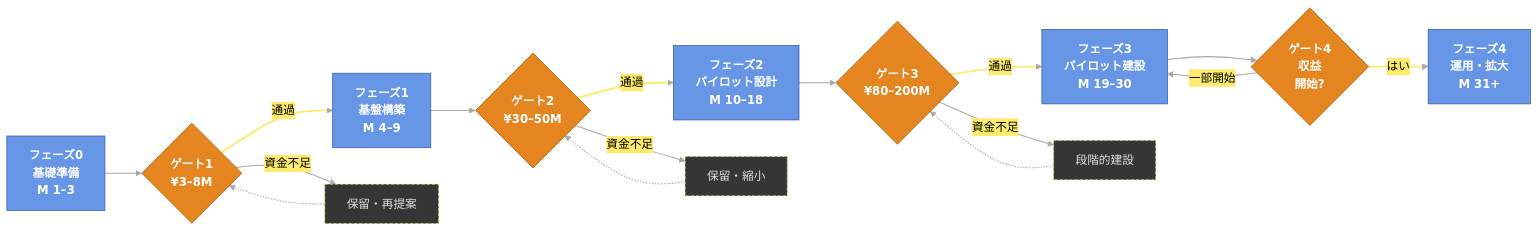
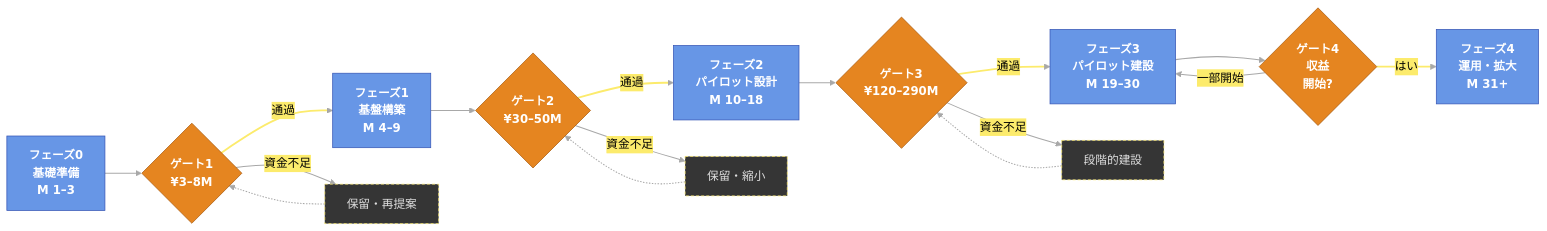
The first of 2 diagrams in mitsue_phases_funding_flowchart_jp.md (robouden/mitsue-ai-data-center), drawn with Mermaid before and after one commit. The commit also changed other lines of this file and 22 other files, not shown here.

````diff
--- a/mitsue_phases_funding_flowchart_jp.md
+++ b/mitsue_phases_funding_flowchart_jp.md
@@ -20,48 +20,48 @@
 ```mermaid
 %%{init: {'theme':'base','flowchart':{'htmlLabels':true},'themeVariables':{
   'background':'#404040',
   'primaryColor':'#6796e6','primaryTextColor':'#FFFFFF','primaryBorderColor':'#3655b5',
   'lineColor':'#A8A8A8','textColor':'#DEDEDE',
   'edgeLabelBackground':'#FCEB6C',
   'fontFamily':'Noto Sans JP, Yu Gothic, sans-serif'
 }}}%%
 flowchart LR
     P0["フェーズ0<br/>基礎準備<br/>M 1–3"]
     P1["フェーズ1<br/>基盤構築<br/>M 4–9"]
     P2["フェーズ2<br/>パイロット設計<br/>M 10–18"]
     P3["フェーズ3<br/>パイロット建設<br/>M 19–30"]
     P4["フェーズ4<br/>運用・拡大<br/>M 31+"]
 
     G1{"ゲート1<br/>¥3–8M"}
     G2{"ゲート2<br/>¥30–50M"}
-    G3{"ゲート3<br/>¥80–200M"}
+    G3{"ゲート3<br/>¥120–290M"}
     G4{"ゲート4<br/>収益<br/>開始?"}
 
     H1["保留・再提案"]
     H2["保留・縮小"]
     H3["段階的建設"]
 
     P0 --> G1
     G1 -->|通過| P1
     P1 --> G2
     G2 -->|通過| P2
     P2 --> G3
     G3 -->|通過| P3
     P3 --> G4
     G4 -->|はい| P4
 
     G1 -->|資金不足| H1 -.-> G1
     G2 -->|資金不足| H2 -.-> G2
     G3 -->|資金不足| H3 -.-> G3
     G4 -->|一部開始| P3
 
     classDef phase fill:#6796e6,stroke:#3655b5,stroke-width:1px,color:#FFFFFF,font-weight:bold
     classDef gate  fill:#e58520,stroke:#A85C10,stroke-width:1px,color:#FFFFFF,font-weight:bold
     classDef hold  fill:#353535,stroke:#FCEB6C,stroke-width:1px,color:#DEDEDE,stroke-dasharray:4 3
     class P0,P1,P2,P3,P4 phase
     class G1,G2,G3,G4 gate
     class H1,H2,H3 hold
 
     linkStyle default stroke:#A8A8A8,stroke-width:1.4px,color:#000000
     linkStyle 1,3,5,7 stroke:#FCEB6C,stroke-width:2.5px,color:#000000
 ```
````
